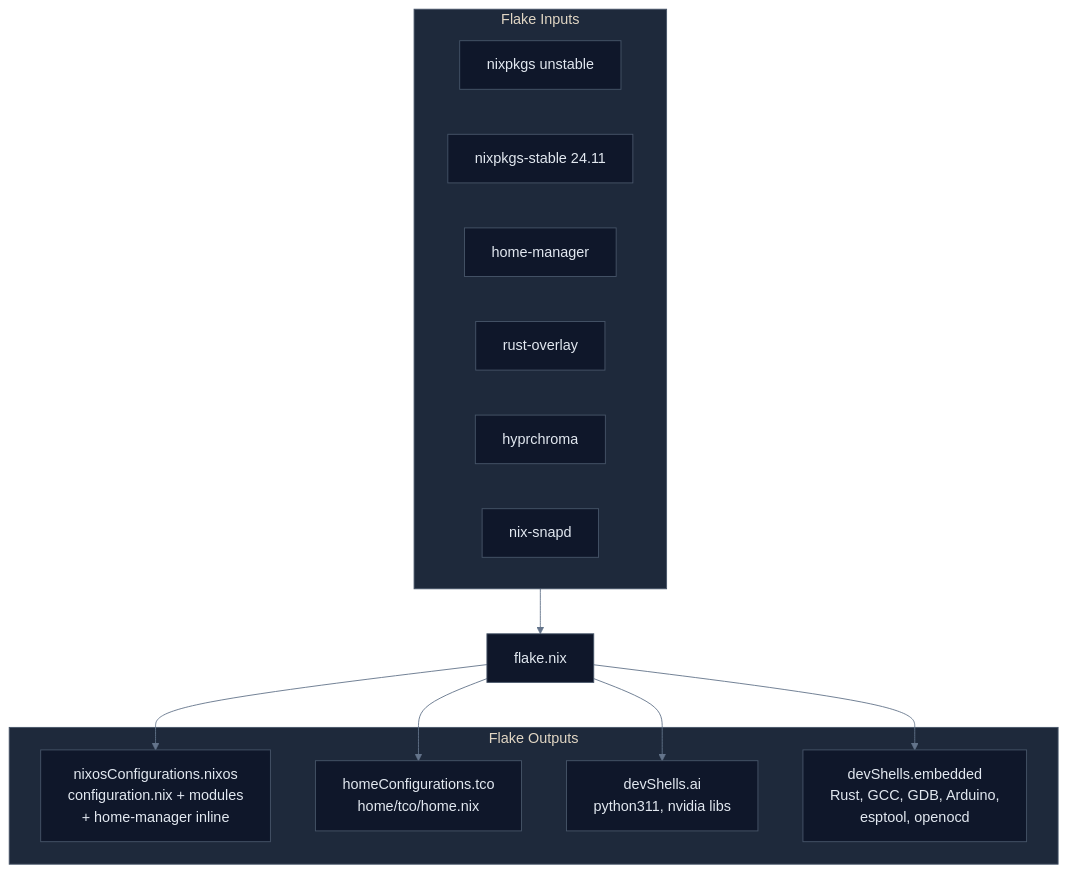
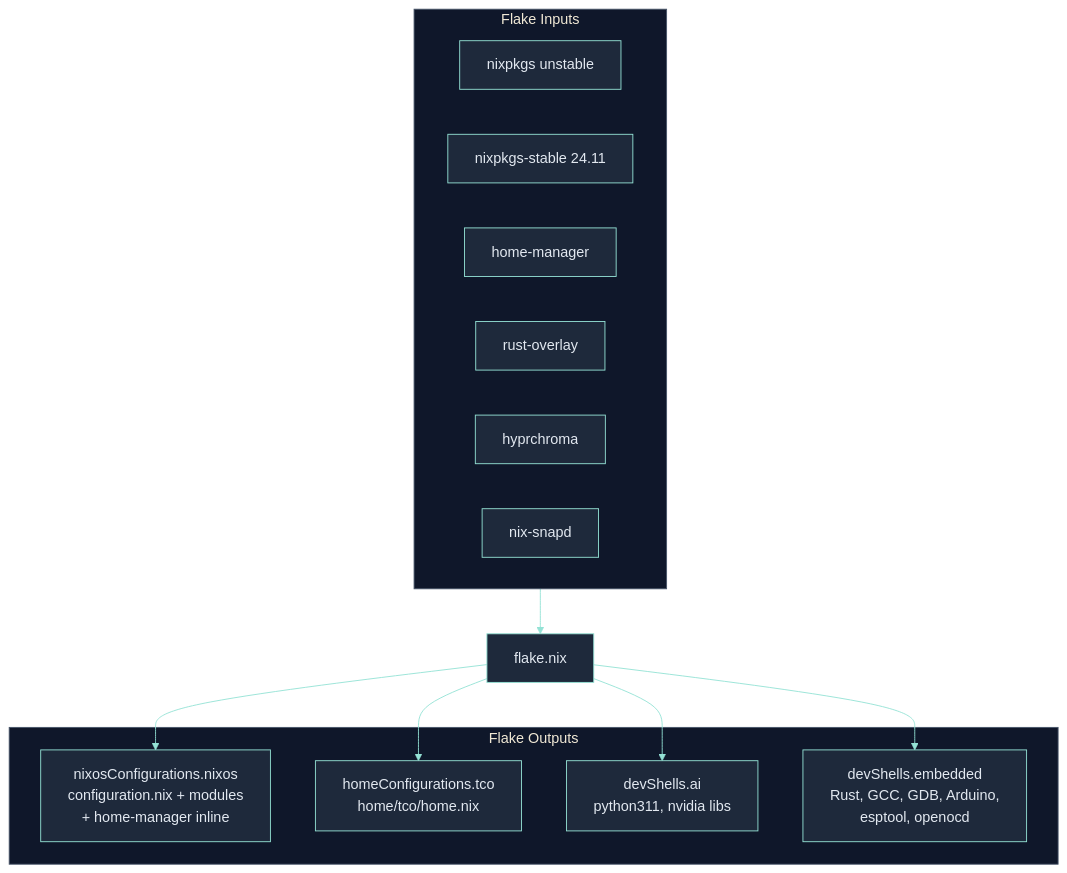
The first of 8 diagrams in docs/README.md (RomeoCavazza/nixos-config), drawn with Mermaid before and after one commit. The commit also changed other lines of this file, not shown here.

Commit message:
docs: add 8 diagrams (one per section), unified Seaglass dark theme, fix broken Mermaid

````diff
--- a/docs/README.md
+++ b/docs/README.md
@@ -12,27 +12,27 @@
 ```mermaid
-%%{init: {'theme': 'base', 'themeVariables': { 'primaryColor': '#0f172a', 'secondaryColor': '#1e293b', 'tertiaryColor': '#1e293b', 'primaryBorderColor': '#475569', 'lineColor': '#64748b', 'primaryTextColor': '#e2e8f0', 'clusterBkg': '#1e293b', 'clusterBorder': '#475569' }}}%%
+%%{init: {'theme': 'base', 'themeVariables': { 'primaryColor': '#1e293b', 'secondaryColor': '#0f172a', 'tertiaryColor': '#0f172a', 'primaryBorderColor': '#94e2d5', 'lineColor': '#94e2d5', 'primaryTextColor': '#e2e8f0', 'clusterBkg': '#0f172a', 'clusterBorder': '#475569' }}}%%
 flowchart TD
   subgraph in["Flake Inputs"]
     np[nixpkgs unstable]
     nps[nixpkgs-stable 24.11]
     hm[home-manager]
     ro[rust-overlay]
     hc[hyprchroma]
     sn[nix-snapd]
   end
 
-  flake["flake.nix"]
+  flake[flake.nix]
 
   subgraph out["Flake Outputs"]
     sys["nixosConfigurations.nixos\nconfiguration.nix + modules\n+ home-manager inline"]
     usr["homeConfigurations.tco\nhome/tco/home.nix"]
     ai["devShells.ai\npython311, nvidia libs"]
     emb["devShells.embedded\nRust, GCC, GDB, Arduino,\nesptool, openocd"]
   end
 
   in --> flake
   flake --> sys
   flake --> usr
   flake --> ai
   flake --> emb
 ```
````
